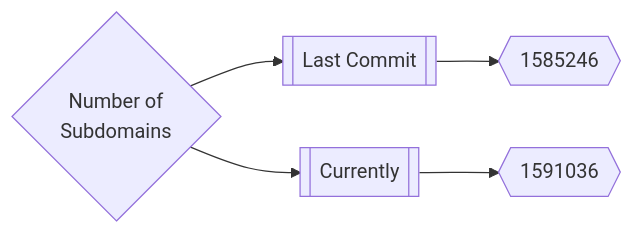
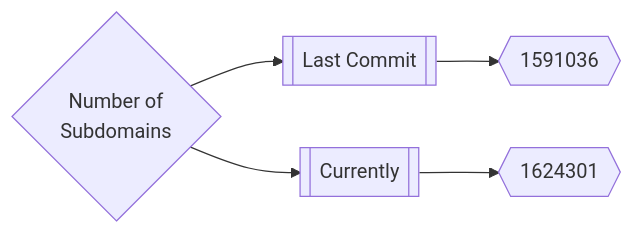
One commit to trickest/inventory changed the first of 3 diagrams in README.md. Above: the diagram before and after it, drawn with Mermaid. The commit also changed other lines of this file, not shown here.

Commit message:
Update Wed Apr 27 02:04:18 UTC 2022

````diff
--- a/README.md
+++ b/README.md
@@ -165,5 +165,5 @@
 ```mermaid
 graph LR
-title{Number of<br>Subdomains} --> subdomainsDate1[[Last Commit]] --> subdomainsNum1{{1585246}}
-title --> subdomainsDate2[[Currently]] --> subdomainsNum2{{1591036}}
+title{Number of<br>Subdomains} --> subdomainsDate1[[Last Commit]] --> subdomainsNum1{{1591036}}
+title --> subdomainsDate2[[Currently]] --> subdomainsNum2{{1624301}}
 ```
````
